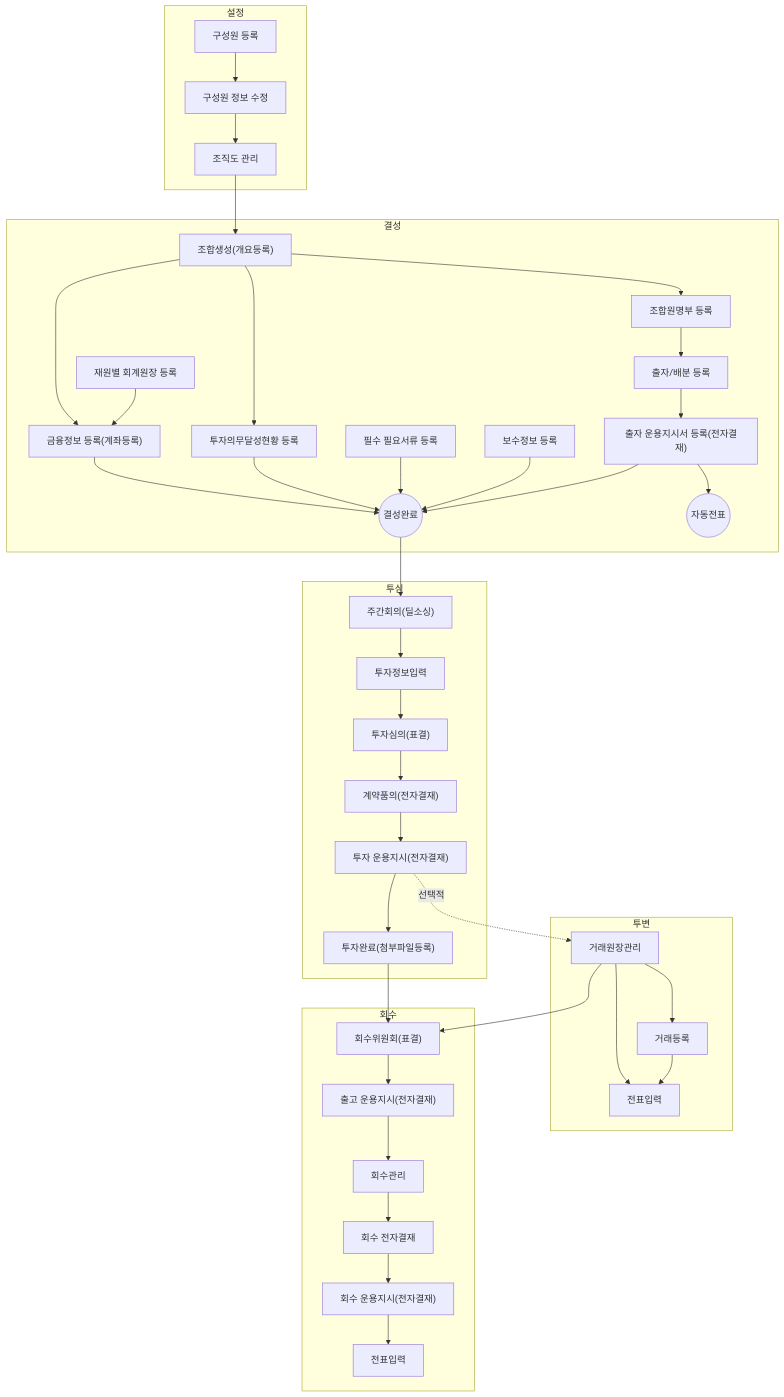
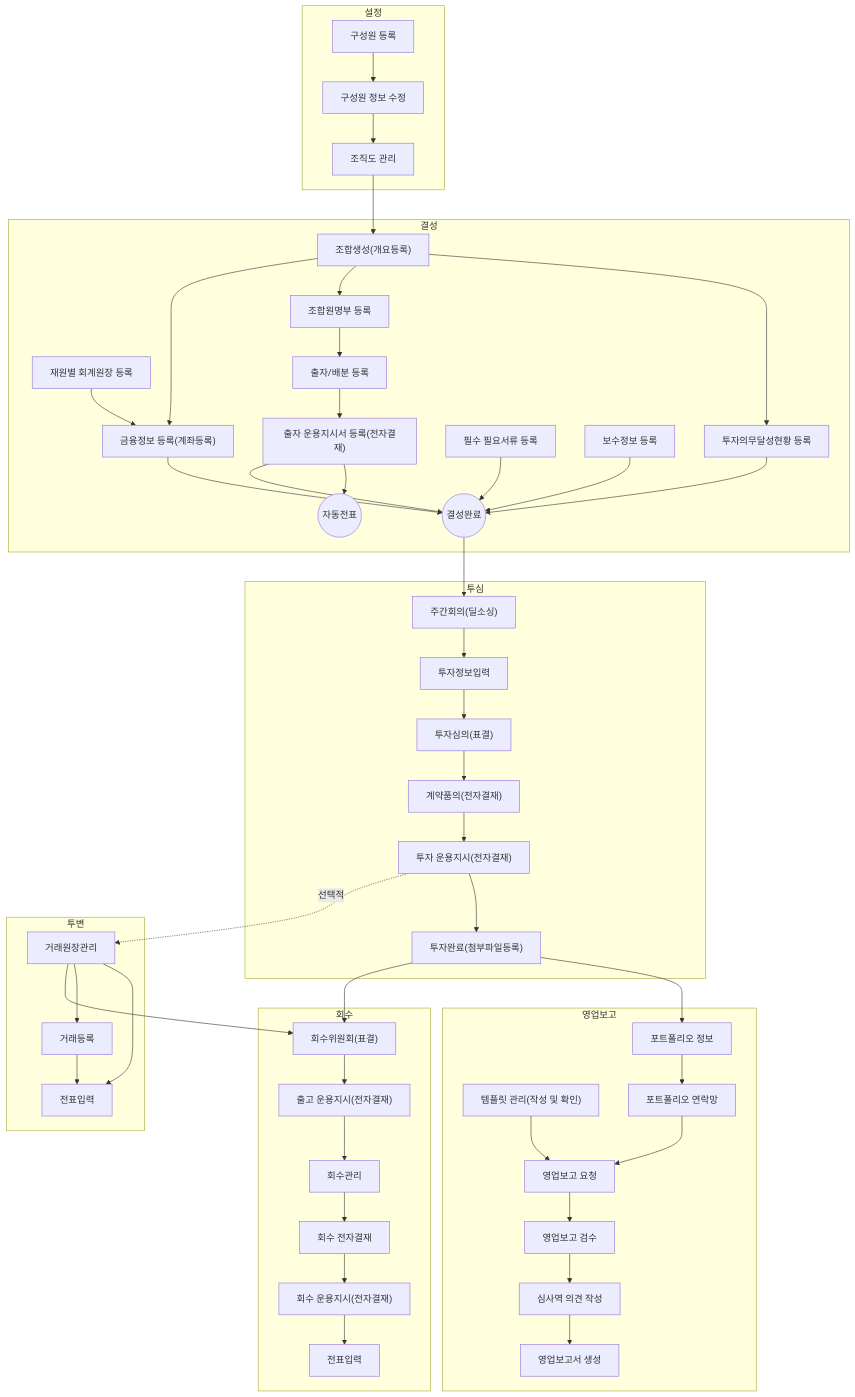
One commit to cotes2020/jekyll-theme-chirpy changed the diagram in _tabs/core.md. Above: the diagram before and after it, drawn with Mermaid.

Commit message:
core수정

```diff
--- a/_tabs/core.md
+++ b/_tabs/core.md
@@ -75,6 +75,27 @@
 
     end
 
+    subgraph 영업보고["영업보고"]
+        pm0100["포트폴리오 정보"]
+        br0001["템플릿 관리(작성 및 확인)"]
+        br0012["포트폴리오 연락망"]
+        br0004["영업보고 요청"]
+        br0007["영업보고 검수"]
+        br0009["심사역 의견 작성"]
+        br0011["영업보고서 생성"]
+
+
+        vs0009 --> pm0100
+        pm0100 --> br0012
+        br0001 --> br0004
+        br0012 --> br0004
+        br0004 --> br0007
+        br0007 --> br0009
+        br0009 --> br0011
+
+    end
+
+
     subgraph 투자변동관리["투변"]
         pm0001["거래원장관리"]
         pm0004["거래등록"]
@@ -136,6 +157,12 @@
 click ex0009 "{% post_url 2024-07-21-ex0009 %}" " "
 click ex0009a "{% post_url 2024-07-22-ex0009a %}" " "
 click fm0002a "{% post_url 2024-07-23-fm0002a %}" " "
+click br0012 "{% post_url 2024-08-22-br0012 %}" " "
+click br0001 "{% post_url 2024-08-23-br0001 %}" " "
+click br0004 "{% post_url 2024-08-24-br0004 %}" " "
+click br0007 "{% post_url 2024-08-25-br0007 %}" " "
+click br0009 "{% post_url 2024-08-26-br0009 %}" " "
+click br0011 "{% post_url 2024-08-27-br0011 %}" " "
 
 %%style fd0001 fill:#e6ffe6,stroke:#66cc66,stroke-width:2px,rx:10,ry:10,color:#333333,fontColor:#333333
 
```
